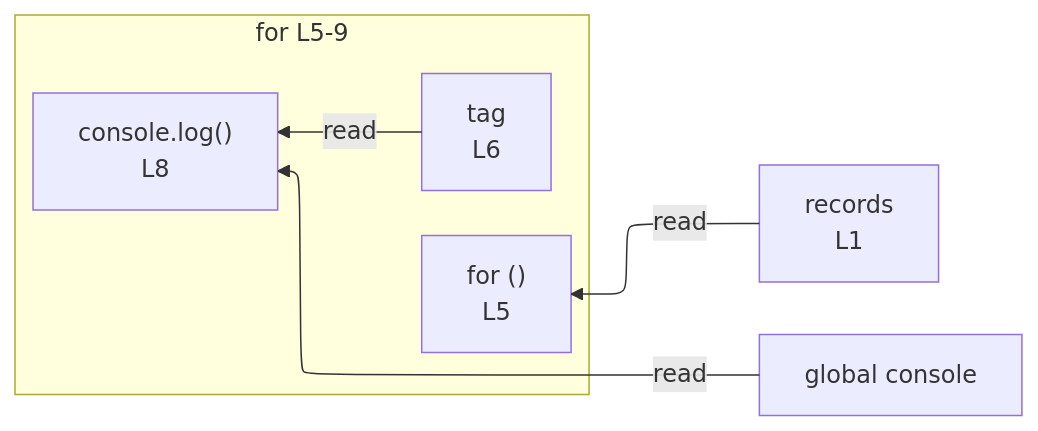
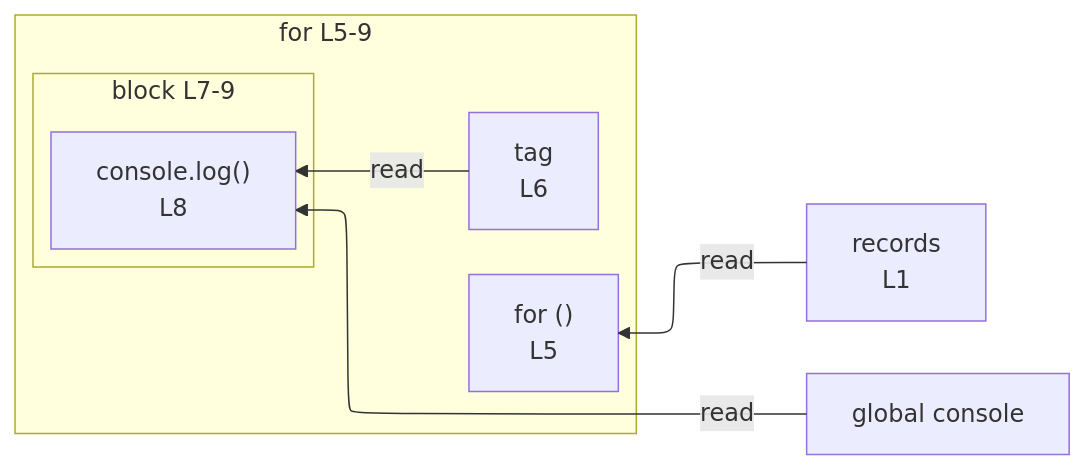
Before and after one commit to crescware/unsnarl: the diagram in integration/fixtures/iteration-statement/for-of/nested-destructuring-default/preview.md, drawn with Mermaid. The commit also changed 106 other files, not shown here.

````diff
--- a/integration/fixtures/iteration-statement/for-of/nested-destructuring-default/preview.md
+++ b/integration/fixtures/iteration-statement/for-of/nested-destructuring-default/preview.md
@@ -19,15 +19,18 @@
 ```mermaid
 %%{init: {"flowchart": {"defaultRenderer": "elk"}}}%%
 flowchart RL
   n_scope_0_records_6["records<br/>L1"]
   n_scope_0_console_153["global console"]
   subgraph s_scope_1["for L5-9"]
     direction RL
     for_test_scope_0_93["for ()<br/>L5"]
     n_scope_1_tag_116["tag<br/>L6"]
-    expr_stmt_153["console.log()<br/>L8"]
+    subgraph s_scope_2["block L7-9"]
+      direction RL
+      expr_stmt_153["console.log()<br/>L8"]
+    end
   end
   n_scope_0_records_6 -->|read| for_test_scope_0_93
   n_scope_0_console_153 -->|read| expr_stmt_153
   n_scope_1_tag_116 -->|read| expr_stmt_153
 ```
````
